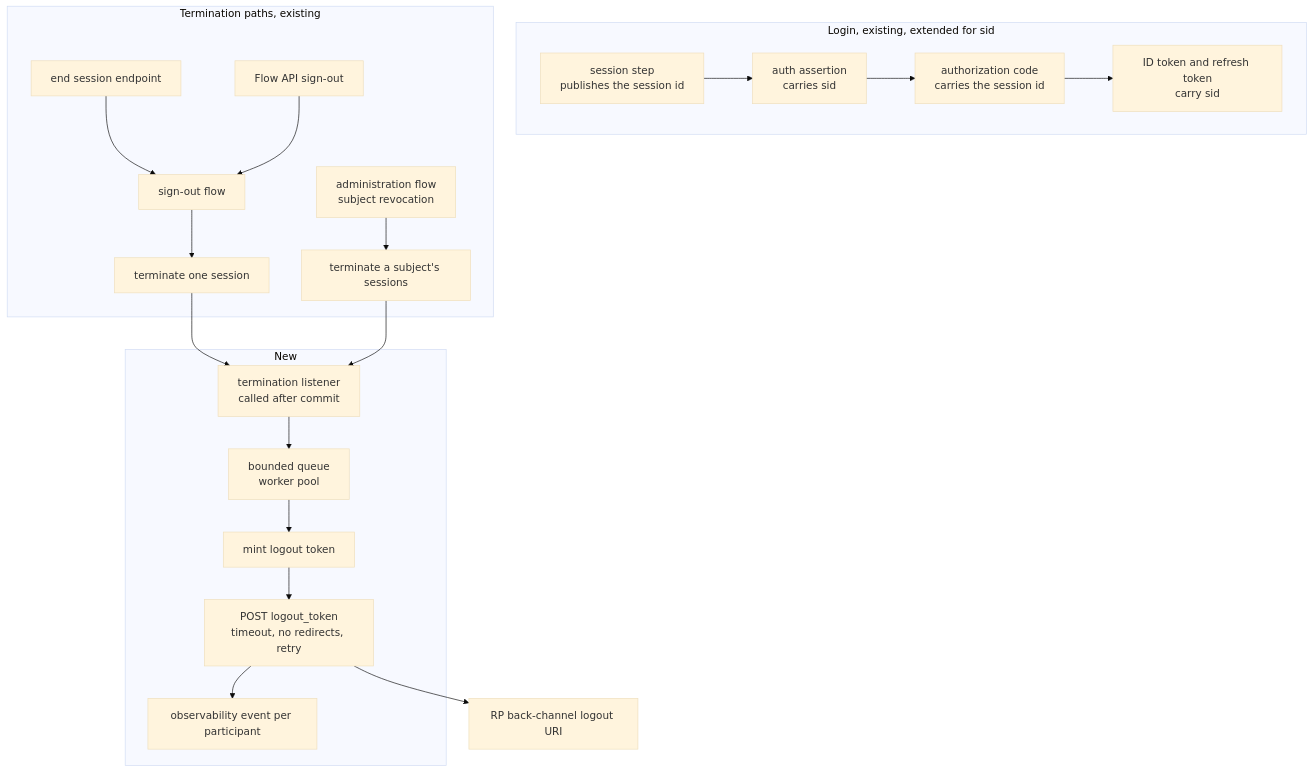
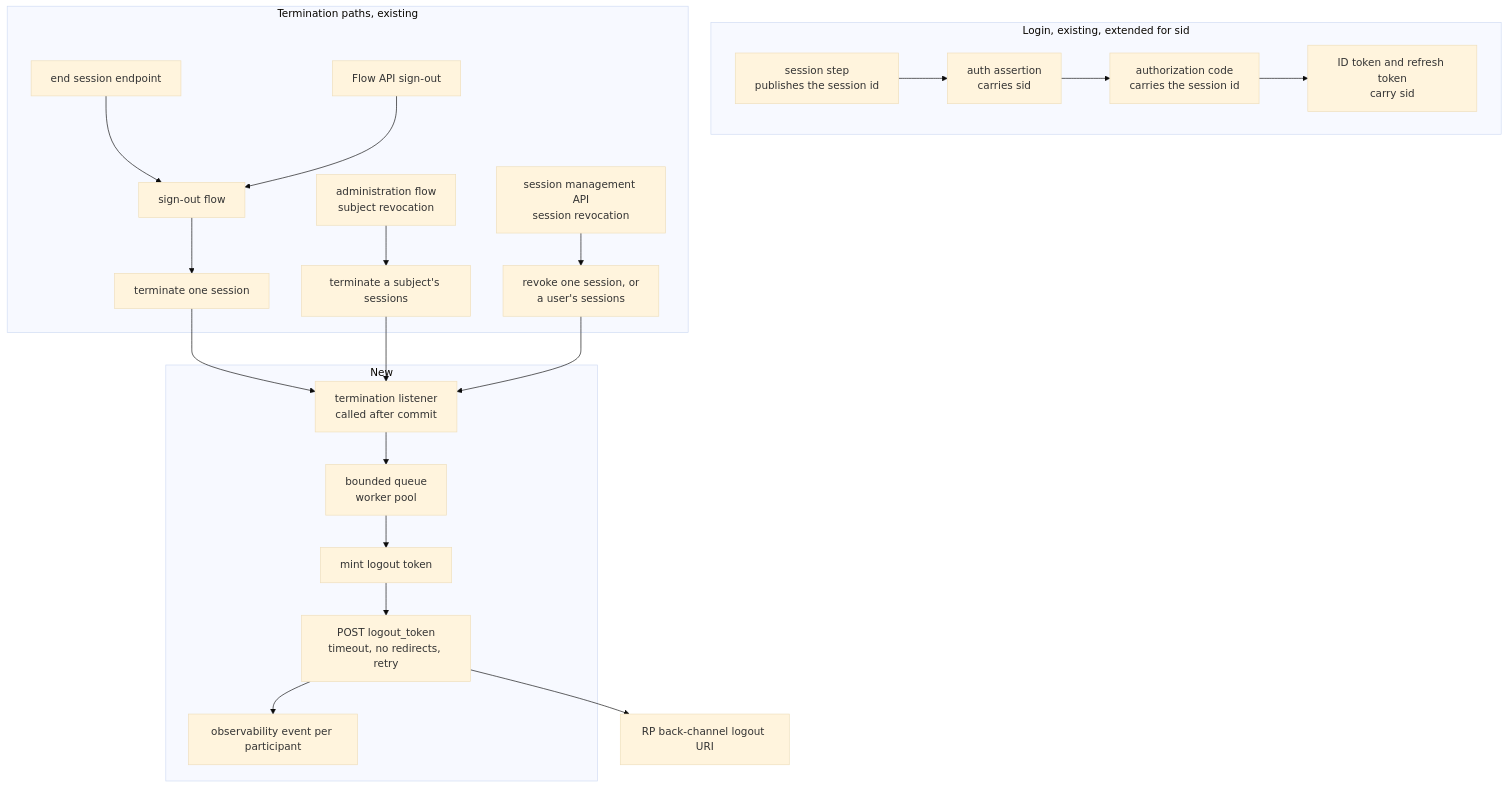
One commit to thunder-id/thunderid changed the first of 2 diagrams in docs-internals/back-channel-logout/spec.md. Above: the diagram before and after it, drawn with Mermaid (base theme). The commit also changed other lines of this file and 31 other files, not shown here.

Commit message:
Add revoke API for SSO sessions

````diff
--- a/docs-internals/back-channel-logout/spec.md
+++ b/docs-internals/back-channel-logout/spec.md
@@ -53,31 +53,34 @@
 ```mermaid
 flowchart TB
     subgraph Login["Login, existing, extended for sid"]
         SE["session step<br/>publishes the session id"]
         AA["auth assertion<br/>carries sid"]
         AC["authorization code<br/>carries the session id"]
         IDT["ID token and refresh token<br/>carry sid"]
         SE --> AA --> AC --> IDT
     end
 
     subgraph Terminate["Termination paths, existing"]
         ES["end session endpoint"] --> SOF["sign-out flow"]
         FA["Flow API sign-out"] --> SOF
         ADM["administration flow<br/>subject revocation"]
+        SMA["session management API<br/>session revocation"]
         SOF --> SS["terminate one session"]
         ADM --> SBS["terminate a subject's sessions"]
+        SMA --> RVS["revoke one session, or<br/>a user's sessions"]
     end
 
     subgraph New["New"]
         TL["termination listener<br/>called after commit"]
         Q["bounded queue<br/>worker pool"]
         MINT["mint logout token"]
         POST["POST logout_token<br/>timeout, no redirects, retry"]
         AUD["observability event per participant"]
     end
 
     SS --> TL
     SBS --> TL
+    RVS --> TL
     TL --> Q --> MINT --> POST --> RP["RP back-channel logout URI"]
     POST --> AUD
 ```
````
